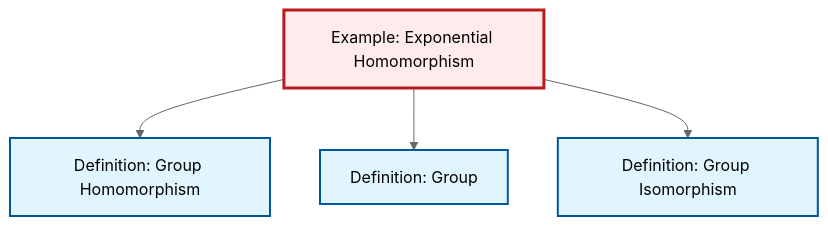
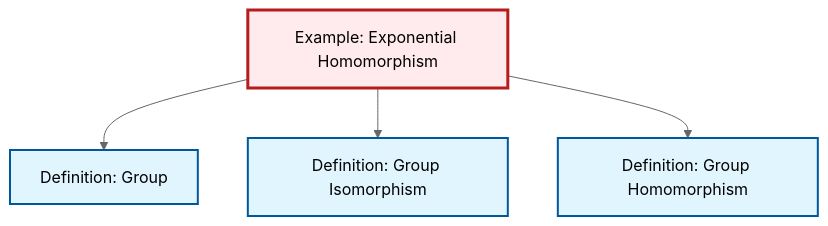
Before and after one commit to RK0429/ModernMath: the diagram in content/ja/algebra/ex-exponential-homomorphism.qmd, drawn with Mermaid (neutral theme). The commit also changed other lines of this file and 654 other files, not shown here.

````diff
--- a/content/ja/algebra/ex-exponential-homomorphism.qmd
+++ b/content/ja/algebra/ex-exponential-homomorphism.qmd
@@ -46,20 +46,20 @@
 ```{mermaid}
 %%| fig-cap: "Local dependency graph"
 graph TD
     classDef definition fill:#e1f5fe,stroke:#01579b,stroke-width:2px
     classDef theorem fill:#f3e5f5,stroke:#4a148c,stroke-width:2px
     classDef axiom fill:#fff3e0,stroke:#e65100,stroke-width:2px
     classDef example fill:#e8f5e9,stroke:#1b5e20,stroke-width:2px
     classDef current fill:#ffebee,stroke:#b71c1c,stroke-width:3px
+    def-isomorphism["Definition: Group Isomorphism"]:::definition
     def-group["Definition: Group"]:::definition
+    def-homomorphism["Definition: Group Homomorphism"]:::definition
     ex-exponential-homomorphism["Example: Exponential Homomorphism"]:::example
-    def-isomorphism["Definition: Group Isomorphism"]:::definition
-    def-homomorphism["Definition: Group Homomorphism"]:::definition
-    ex-exponential-homomorphism --> def-homomorphism
     ex-exponential-homomorphism --> def-group
     ex-exponential-homomorphism --> def-isomorphism
+    ex-exponential-homomorphism --> def-homomorphism
     class ex-exponential-homomorphism current
+    click def-isomorphism "def-isomorphism.html" "Definition: Group Isomorphismへ"
     click def-group "def-group.html" "Definition: Groupへ"
-    click def-isomorphism "def-isomorphism.html" "Definition: Group Isomorphismへ"
     click def-homomorphism "def-homomorphism.html" "Definition: Group Homomorphismへ"
 ```
````
